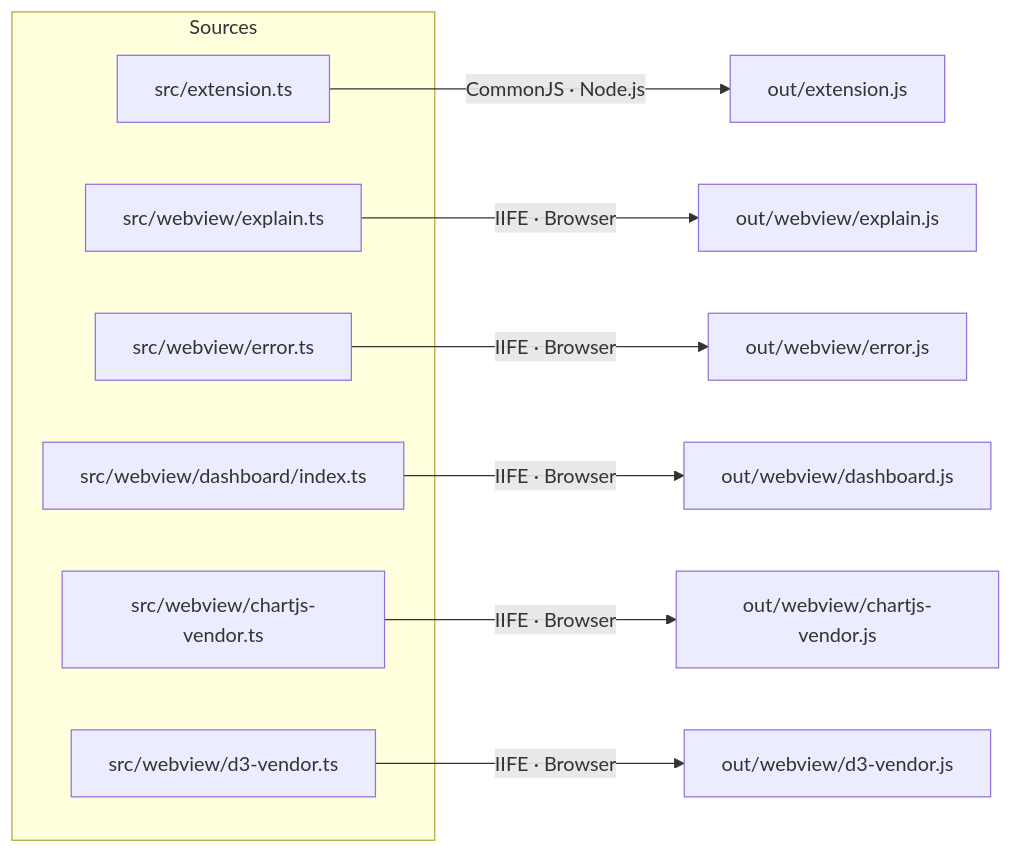
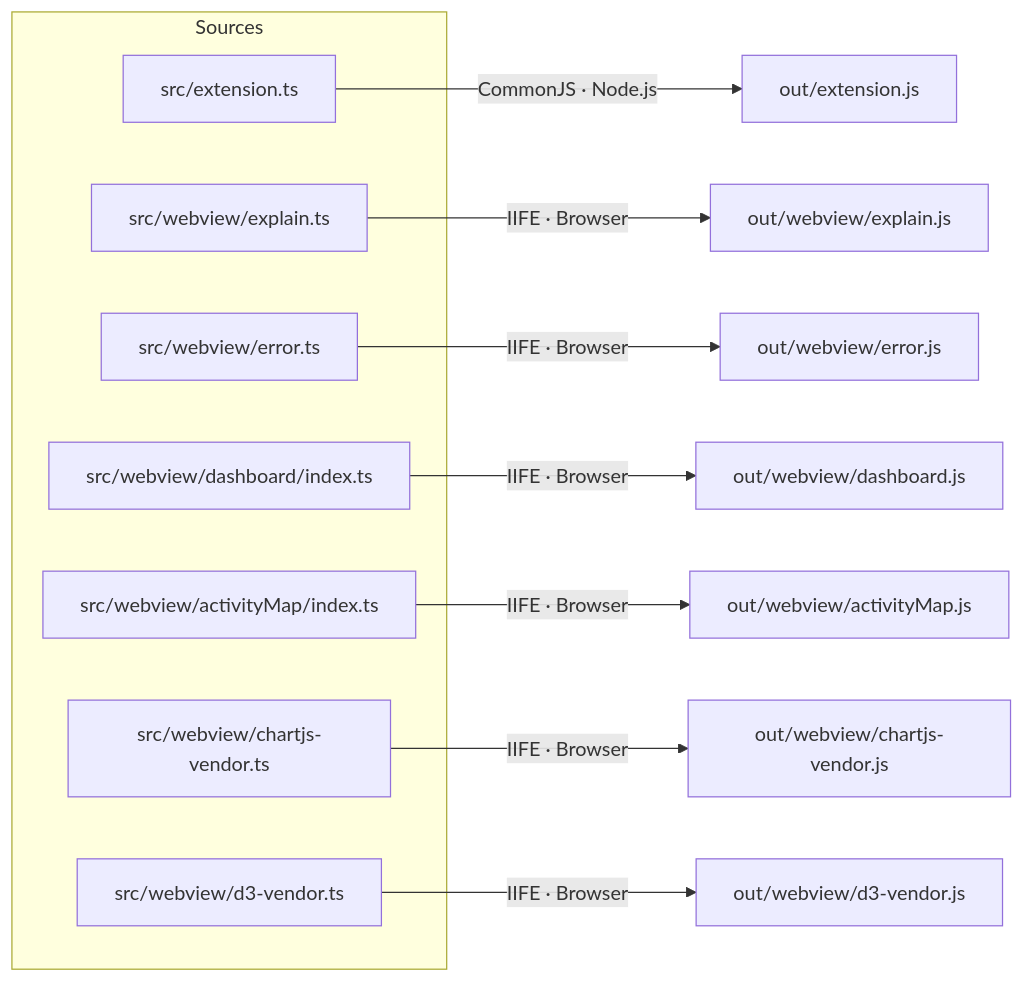
The first of 2 diagrams in docs/architecture/overview.md (cesarandreslopez/sidekick-agent-hub), drawn with Mermaid before and after one commit. The commit also changed other lines of this file and 9 other files, not shown here.

Commit message:
docs: Activity Map in the READMEs, settings and architecture (seven bundles, checkpoint revision 6)

````diff
--- a/docs/architecture/overview.md
+++ b/docs/architecture/overview.md
@@ -10,18 +10,20 @@
 ```mermaid
 flowchart LR
     subgraph Sources
         EXT["src/extension.ts"]
         EXP["src/webview/explain.ts"]
         ERR["src/webview/error.ts"]
         DASH["src/webview/dashboard/index.ts"]
+        ACT["src/webview/activityMap/index.ts"]
         CHART["src/webview/chartjs-vendor.ts"]
         D3["src/webview/d3-vendor.ts"]
     end
 
     EXT -->|CommonJS · Node.js| O1["out/extension.js"]
     EXP -->|IIFE · Browser| O2["out/webview/explain.js"]
     ERR -->|IIFE · Browser| O3["out/webview/error.js"]
     DASH -->|IIFE · Browser| O6["out/webview/dashboard.js"]
+    ACT -->|IIFE · Browser| O7["out/webview/activityMap.js"]
     CHART -->|IIFE · Browser| O4["out/webview/chartjs-vendor.js"]
     D3 -->|IIFE · Browser| O5["out/webview/d3-vendor.js"]
 ```
````
